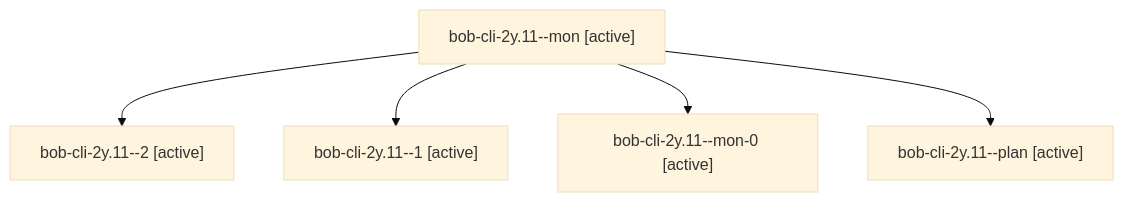
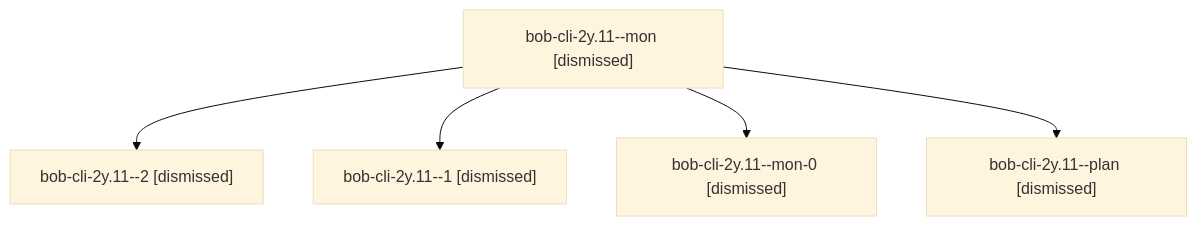
Before and after one commit to bobs-org/bob-cli--agents: the diagram in sessions/bbugyi200.apollo.bob-cli-2y.11.md, drawn with Mermaid (base theme). The commit also changed other lines of this file and 64 other files, not shown here.

````diff
--- a/sessions/bbugyi200.apollo.bob-cli-2y.11.md
+++ b/sessions/bbugyi200.apollo.bob-cli-2y.11.md
@@ -9,12 +9,12 @@
 ```mermaid
 flowchart TD
-  n0["bob-cli-2y.11--mon [active]"]
-  n1["bob-cli-2y.11--2 [active]"]
+  n0["bob-cli-2y.11--mon [dismissed]"]
+  n1["bob-cli-2y.11--2 [dismissed]"]
   n0 --> n1
-  n2["bob-cli-2y.11--1 [active]"]
+  n2["bob-cli-2y.11--1 [dismissed]"]
   n0 --> n2
-  n3["bob-cli-2y.11--mon-0 [active]"]
+  n3["bob-cli-2y.11--mon-0 [dismissed]"]
   n0 --> n3
-  n4["bob-cli-2y.11--plan [active]"]
+  n4["bob-cli-2y.11--plan [dismissed]"]
   n0 --> n4
 ```
````
